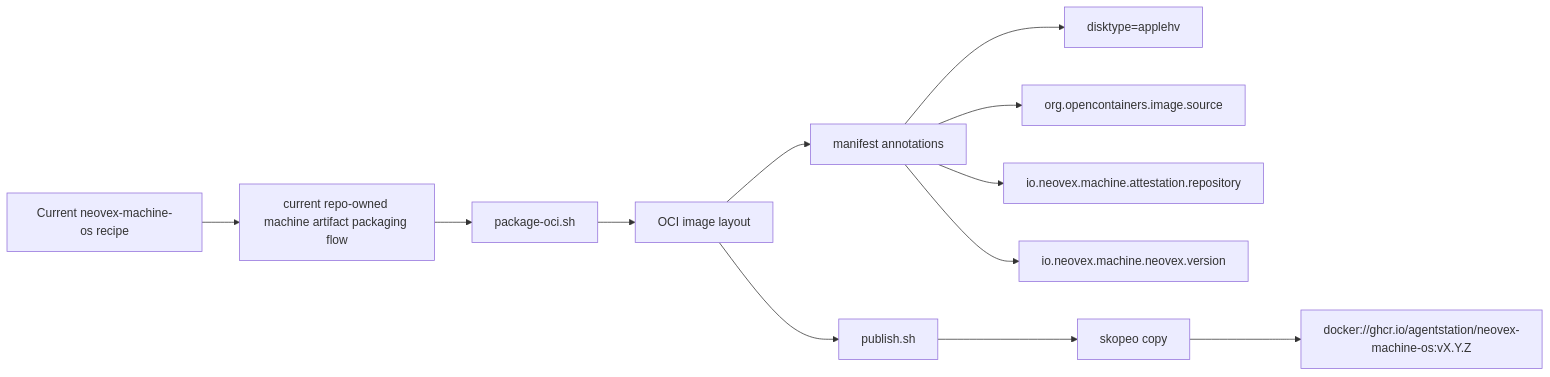
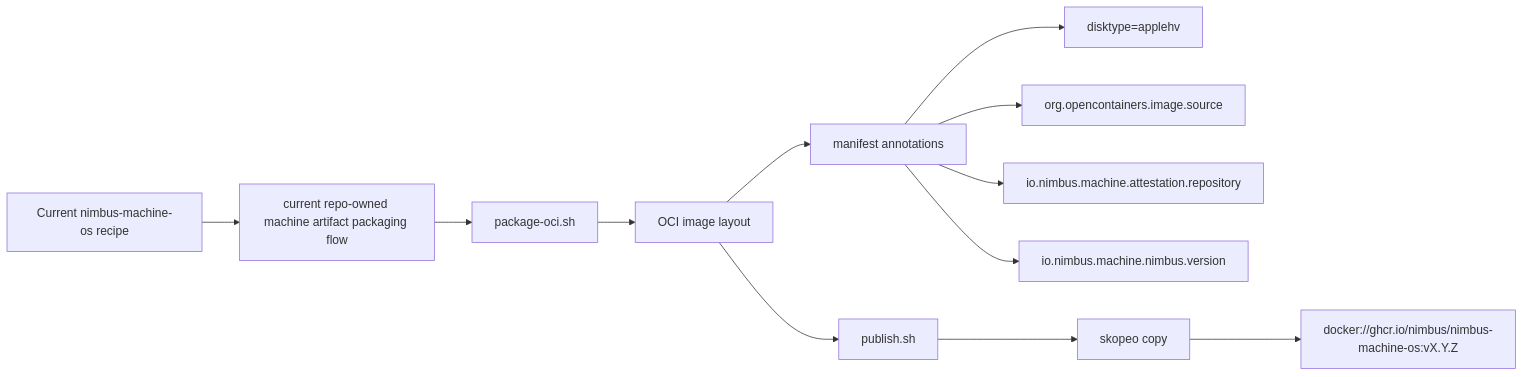
The second of 6 diagrams in docs/architecture/sandbox/macos-machine-flow.md (nimbus/nimbus), drawn with Mermaid before and after one commit. The commit also changed other lines of this file and 6725 other files, not shown here.

First line of the commit message:
rename: complete neovex→nimbus rebrand across entire codebase

````diff
--- a/docs/architecture/sandbox/macos-machine-flow.md
+++ b/docs/architecture/sandbox/macos-machine-flow.md
@@ -112,14 +112,14 @@
 ```mermaid
 flowchart LR
-    A["Current neovex-machine-os recipe"] --> B["current repo-owned machine artifact packaging flow"]
+    A["Current nimbus-machine-os recipe"] --> B["current repo-owned machine artifact packaging flow"]
     B --> C["package-oci.sh"]
     C --> D["OCI image layout"]
     D --> E["manifest annotations"]
     E --> I["disktype=applehv"]
     E --> J["org.opencontainers.image.source"]
-    E --> K["io.neovex.machine.attestation.repository"]
-    E --> L["io.neovex.machine.neovex.version"]
+    E --> K["io.nimbus.machine.attestation.repository"]
+    E --> L["io.nimbus.machine.nimbus.version"]
     D --> M["publish.sh"]
     M --> N["skopeo copy"]
-    N --> O["docker://ghcr.io/agentstation/neovex-machine-os:vX.Y.Z"]
+    N --> O["docker://ghcr.io/nimbus/nimbus-machine-os:vX.Y.Z"]
 ```
````
